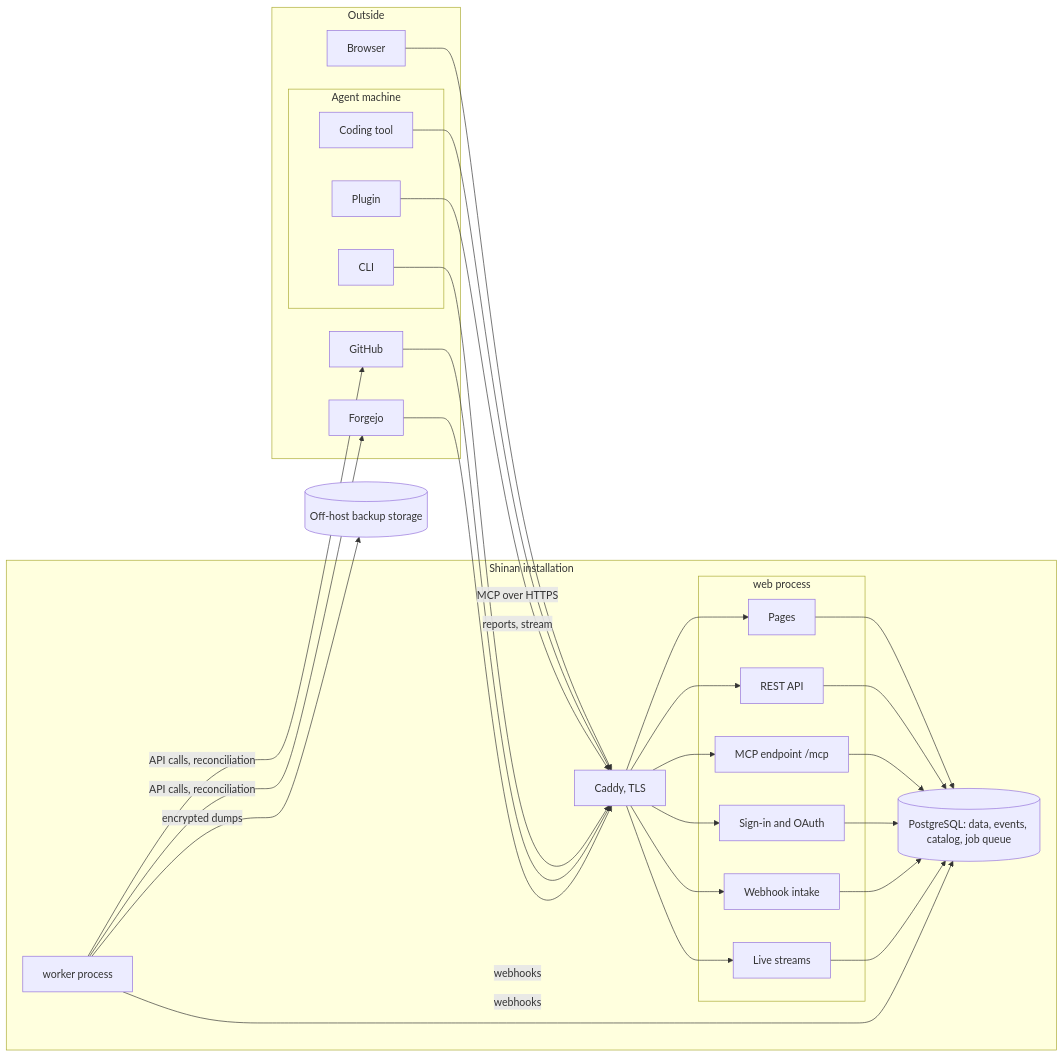
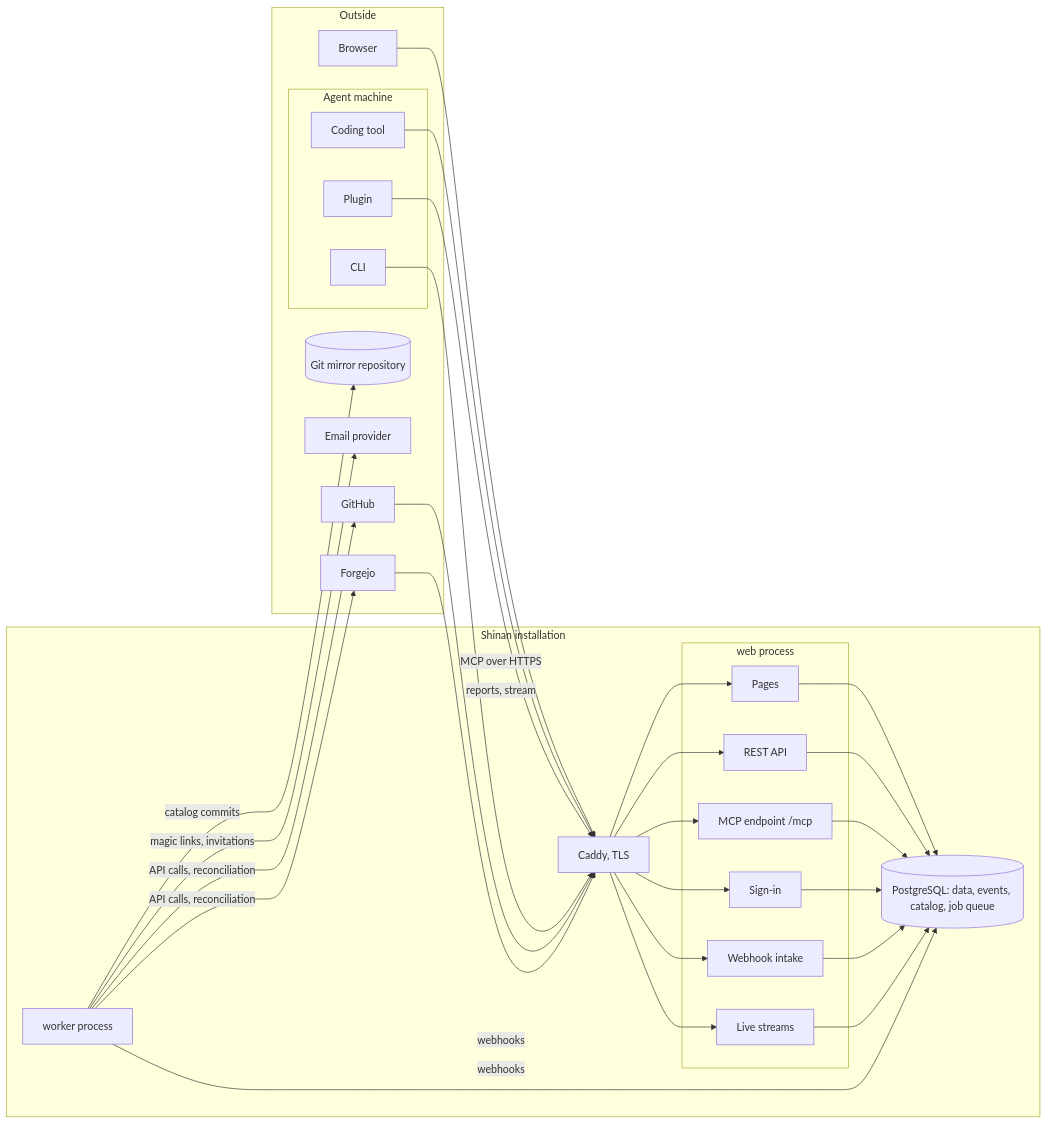
The diagram in docs/architecture.md (guneet-xyz/shinan), drawn with Mermaid before and after one commit. The commit also changed other lines of this file, not shown here.

Commit message:
Apply owner answers from #25 to architecture (refs #11)

````diff
--- a/docs/architecture.md
+++ b/docs/architecture.md
@@ -255,38 +142,40 @@
 ```mermaid
 flowchart LR
   subgraph OUT[Outside]
     B[Browser]
     GH[GitHub]
     FJ[Forgejo]
+    MIR[(Git mirror repository)]
+    SMTP[Email provider]
     subgraph AM[Agent machine]
       CT[Coding tool]
       PL[Plugin]
       CLI[CLI]
     end
   end
   subgraph SI[Shinan installation]
     C[Caddy, TLS]
     subgraph WEB[web process]
       UI[Pages]
       API[REST API]
       MCP[MCP endpoint /mcp]
-      AUTH[Sign-in and OAuth]
+      AUTH[Sign-in]
       WH[Webhook intake]
       SSE[Live streams]
     end
     WK[worker process]
     DB[(PostgreSQL: data, events, catalog, job queue)]
   end
-  BK[(Off-host backup storage)]
   B --> C
   CT -->|MCP over HTTPS| C
   PL -->|reports, stream| C
   CLI --> C
   GH -->|webhooks| C
   FJ -->|webhooks| C
   C --> UI & API & MCP & AUTH & WH & SSE
   UI & API & MCP & AUTH & WH & SSE --> DB
   WK --> DB
   WK -->|API calls, reconciliation| GH & FJ
-  WK -->|encrypted dumps| BK
+  WK -->|catalog commits| MIR
+  WK -->|magic links, invitations| SMTP
 ```
````
